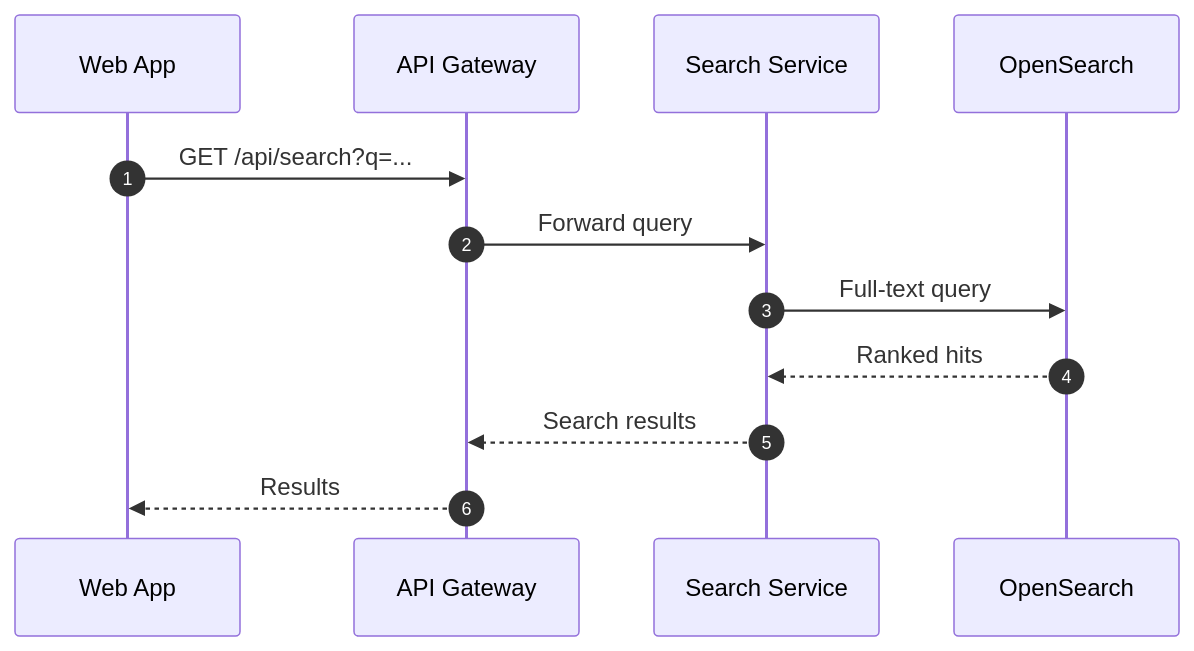
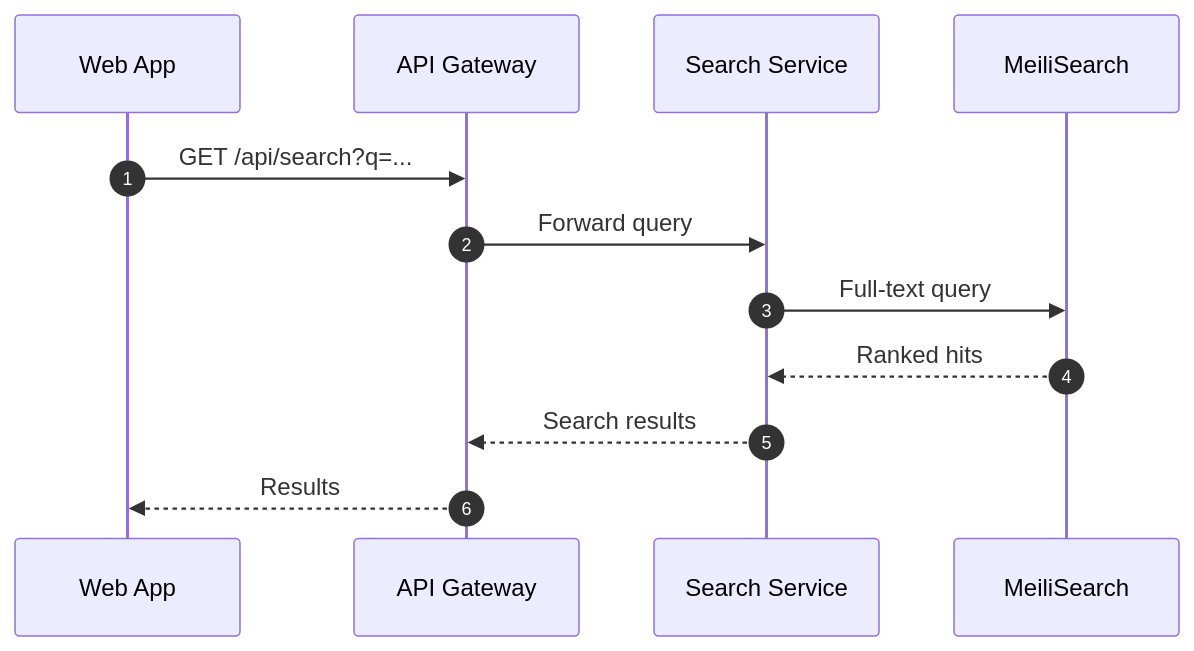
Before and after one commit to Cognition-Partner-Workshops/otterworks: the eighth of 14 diagrams in docs/flows.md, drawn with Mermaid. The commit also changed other lines of this file and 20 other files, not shown here.

First line of the commit message:
refactor: remove OpenSearch entirely, migrate to MeiliSearch

````diff
--- a/docs/flows.md
+++ b/docs/flows.md
@@ -173,15 +173,15 @@
 ```mermaid
 sequenceDiagram
   autonumber
   participant UI as Web App
   participant GW as API Gateway
   participant SEARCH as Search Service
-  participant OS as OpenSearch
+  participant MS as MeiliSearch
 
   UI->>GW: GET /api/search?q=...
   GW->>SEARCH: Forward query
-  SEARCH->>OS: Full-text query
-  OS-->>SEARCH: Ranked hits
+  SEARCH->>MS: Full-text query
+  MS-->>SEARCH: Ranked hits
   SEARCH-->>GW: Search results
   GW-->>UI: Results
 ```
````
